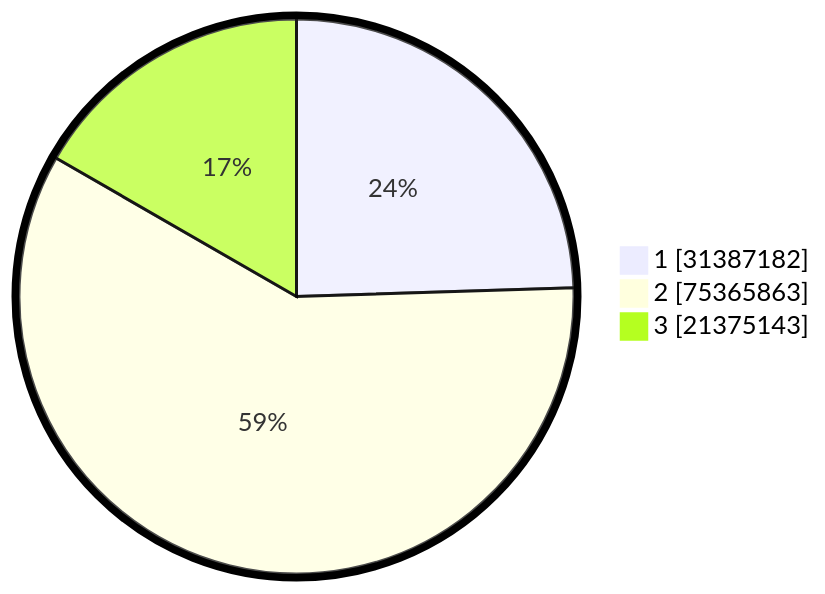
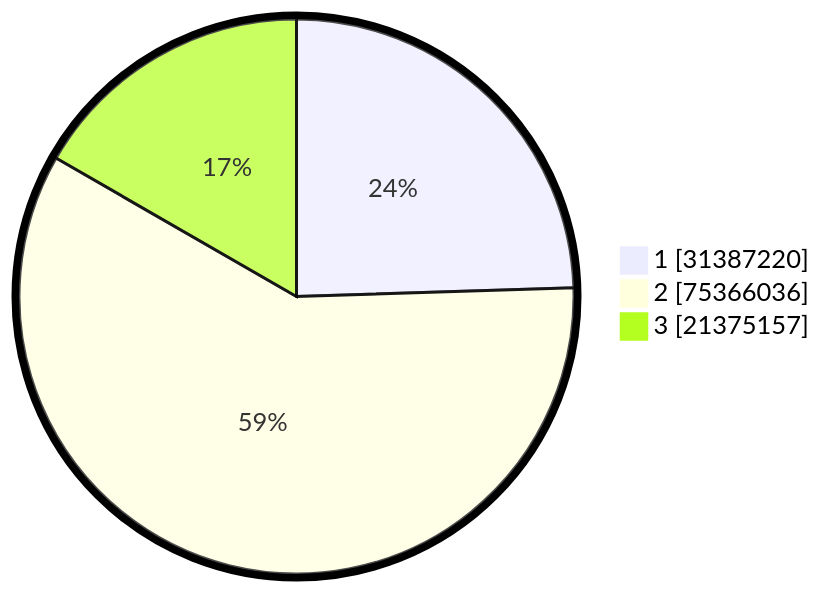
The second of 2 diagrams in pilpres/hitung-suara/README.md (gigit-pemilu/pemilu-2024), drawn with Mermaid before and after one commit. The commit also changed other lines of this file and 4 other files, not shown here.

````diff
--- a/pilpres/hitung-suara/README.md
+++ b/pilpres/hitung-suara/README.md
@@ -93,7 +93,7 @@
 ```mermaid
 %%{init: {"pie": {"textPosition": 0.5}, "themeVariables": {"pieOuterStrokeWidth": "5px"}} }%%
 pie showData
-    "1" : 31387182
-    "2" : 75365863
-    "3" : 21375143
+    "1" : 31387220
+    "2" : 75366036
+    "3" : 21375157
 ```
````
